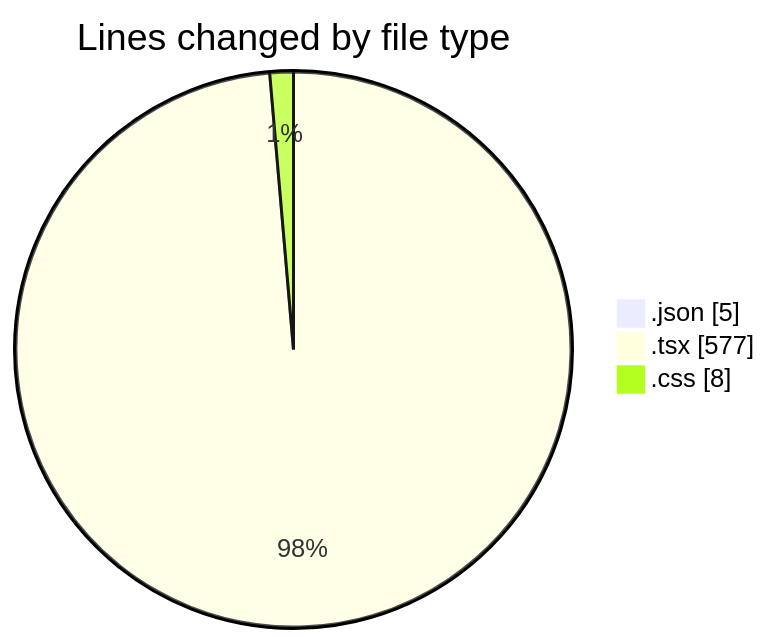
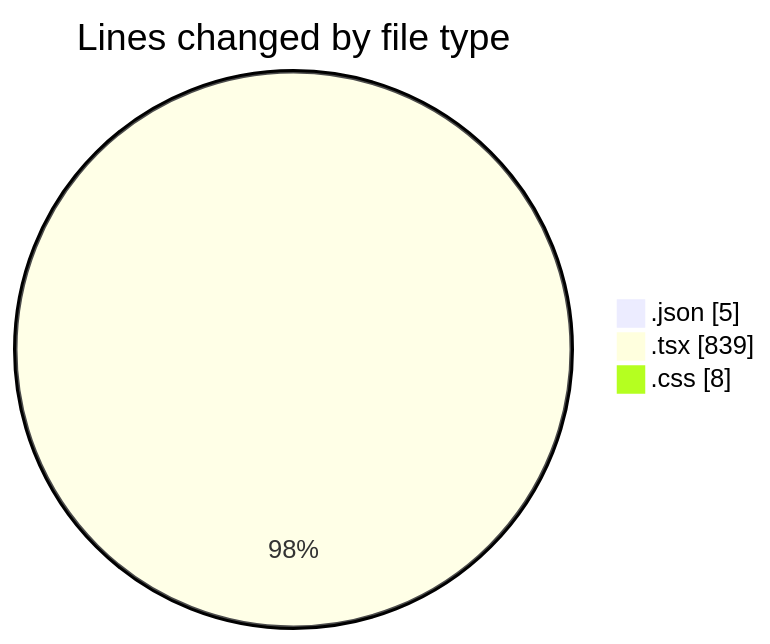
One commit to Elitesun/code-tracking changed the first of 2 diagrams in 2025-04-07/sungpt/README.md. Above: the diagram before and after it, drawn with Mermaid. The commit also changed other lines of this file and 1 other file, not shown here.

````diff
--- a/2025-04-07/sungpt/README.md
+++ b/2025-04-07/sungpt/README.md
@@ -26,7 +27,7 @@
 ```mermaid
 pie showData
 title Lines changed by file type
 ".json" : 5
-".tsx" : 577
+".tsx" : 839
 ".css" : 8
 ```
````
